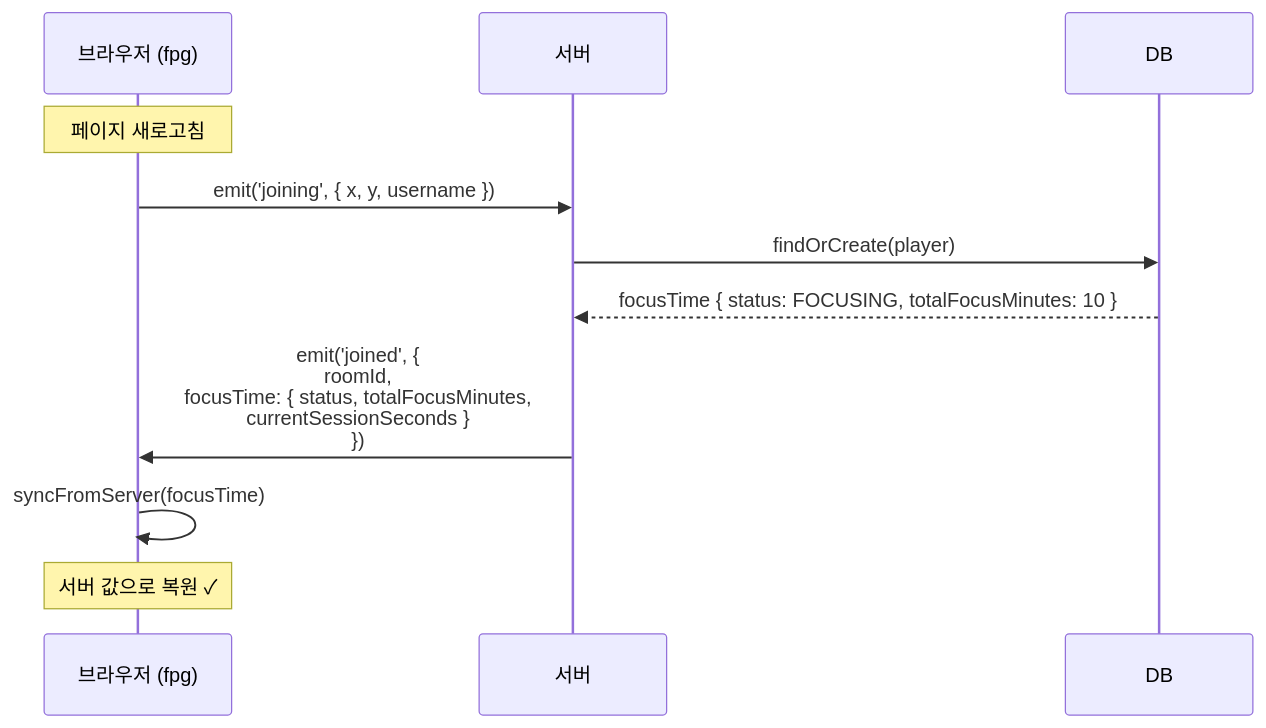
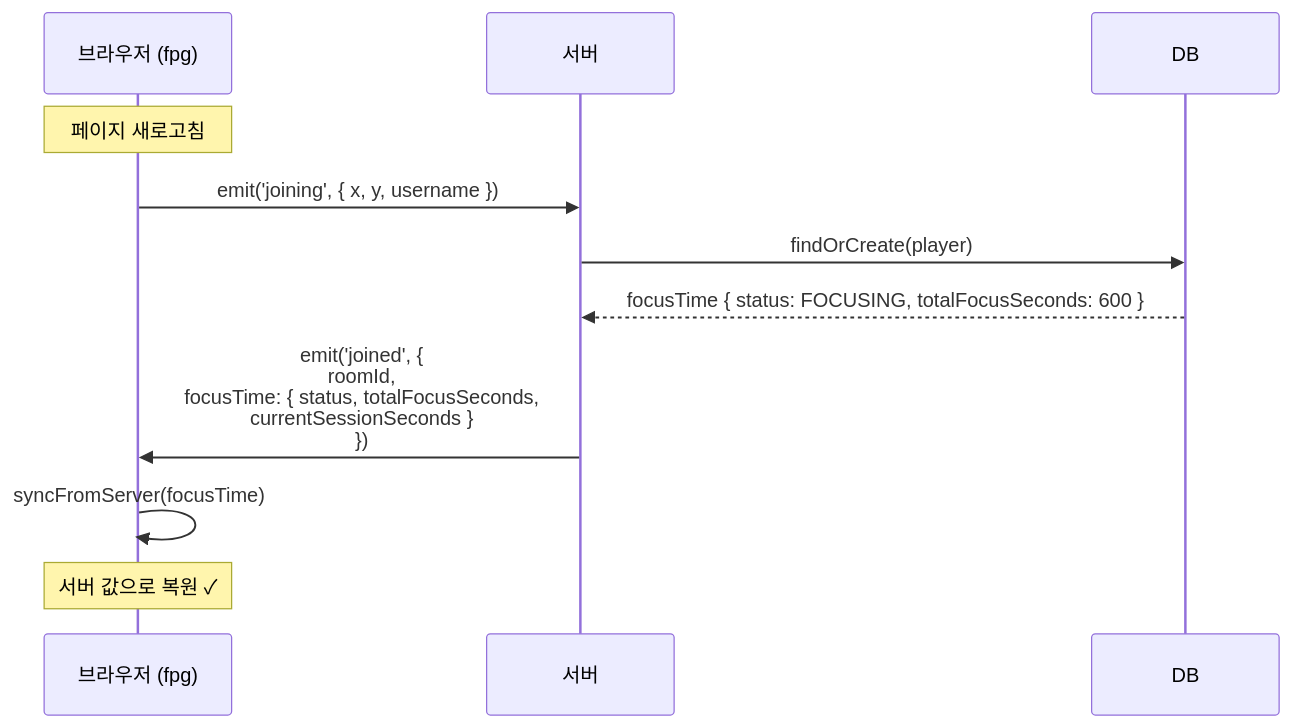
The eighth of 10 diagrams in docs/reference/FOCUS_TIME.md (boostcampwm2025/web19-estrogenquattro), drawn with Mermaid before and after one commit. The commit also changed other lines of this file and 24 other files, not shown here.

````diff
--- a/docs/reference/FOCUS_TIME.md
+++ b/docs/reference/FOCUS_TIME.md
@@ -191,17 +191,17 @@
 ```mermaid
 sequenceDiagram
     participant Browser as 브라우저 (fpg)
     participant Server as 서버
     participant DB as DB
 
     Note over Browser: 페이지 새로고침
     Browser->>Server: emit('joining', { x, y, username })
 
     Server->>DB: findOrCreate(player)
-    DB-->>Server: focusTime { status: FOCUSING, totalFocusMinutes: 10 }
+    DB-->>Server: focusTime { status: FOCUSING, totalFocusSeconds: 600 }
 
-    Server->>Browser: emit('joined', {<br/>  roomId,<br/>  focusTime: { status, totalFocusMinutes,<br/>    currentSessionSeconds }<br/>})
+    Server->>Browser: emit('joined', {<br/>  roomId,<br/>  focusTime: { status, totalFocusSeconds,<br/>    currentSessionSeconds }<br/>})
 
     Browser->>Browser: syncFromServer(focusTime)
     Note over Browser: 서버 값으로 복원 ✓
 ```
````
